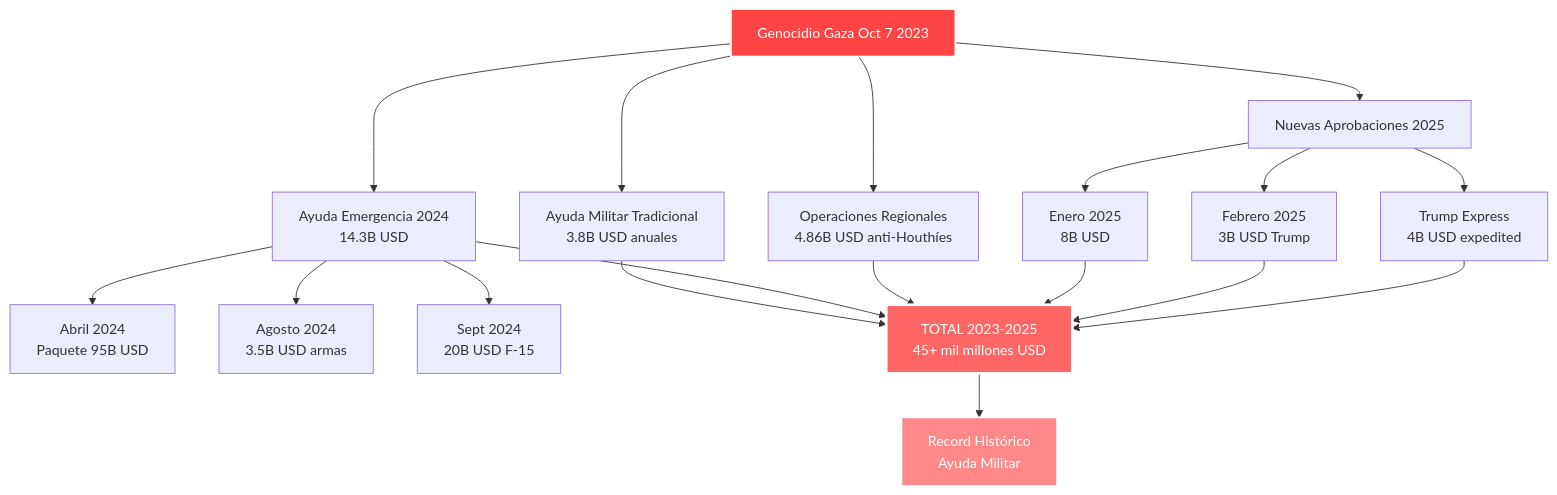
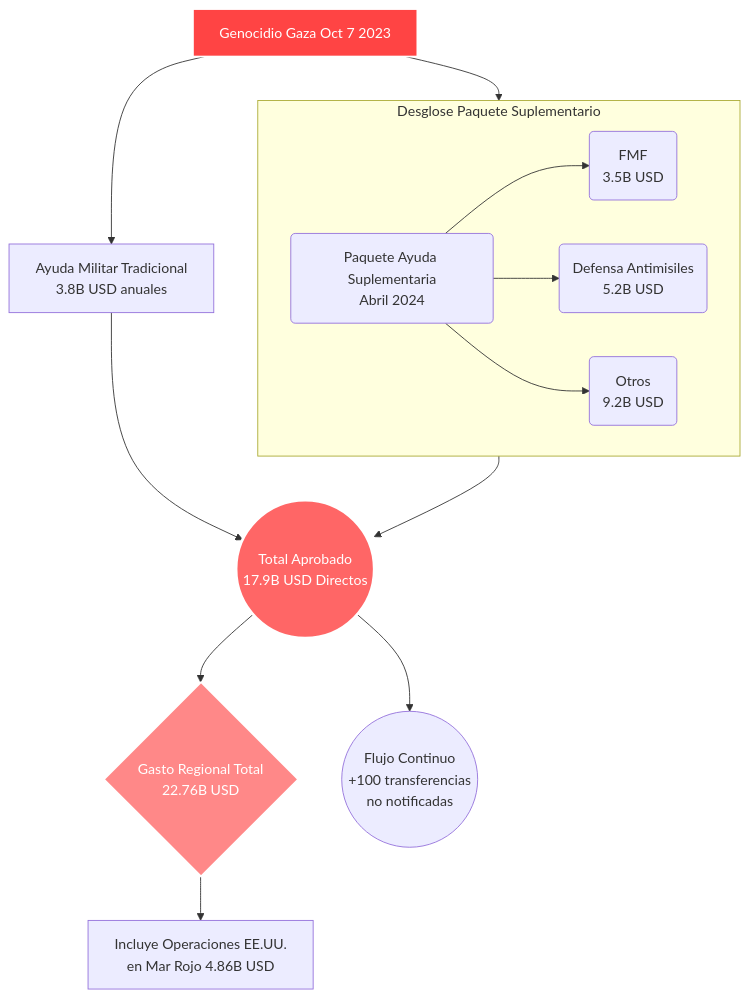
One commit to perpetuocambio/annotations changed the seventh of 20 diagrams in intel/israel_geopolitical_analysis.md. Above: the diagram before and after it, drawn with Mermaid. The commit also changed other lines of this file, not shown here.

````diff
--- a/intel/israel_geopolitical_analysis.md
+++ b/intel/israel_geopolitical_analysis.md
@@ -285,28 +289,24 @@
 ```mermaid
 graph TD
-    A[Genocidio Gaza Oct 7 2023] --> B[Ayuda Militar Tradicional<br/>3.8B USD anuales]
-    A --> C[Ayuda Emergencia 2024<br/>14.3B USD]
-    A --> D[Operaciones Regionales<br/>4.86B USD anti-Houthíes]
+    A["Genocidio Gaza Oct 7 2023"] --> B["Ayuda Militar Tradicional<br>3.8B USD anuales"]
+    A --> C("Paquete Ayuda Suplementaria<br>Abril 2024")
 
-    C --> E[Abril 2024<br/>Paquete 95B USD]
-    C --> F[Agosto 2024<br/>3.5B USD armas]
-    C --> G[Sept 2024<br/>20B USD F-15]
+    subgraph "Desglose Paquete Suplementario"
+        direction LR
+        C --> D("FMF<br>3.5B USD")
+        C --> E("Defensa Antimisiles<br>5.2B USD")
+        C --> F("Otros<br>9.2B USD")
+    end
 
-    A --> H[Nuevas Aprobaciones 2025]
-    H --> I[Enero 2025<br/>8B USD]
-    H --> J[Febrero 2025<br/>3B USD Trump]
-    H --> K[Trump Express<br/>4B USD expedited]
+    B --> G(("Total Aprobado<br>17.9B USD Directos"))
+    C --> G
 
-    B --> L[TOTAL 2023-2025<br/>45+ mil millones USD]
-    C --> L
-    D --> L
-    I --> L
-    J --> L
-    K --> L
+    G --> H{"Gasto Regional Total<br>22.76B USD"}
+    H --> I["Incluye Operaciones EE.UU.<br>en Mar Rojo 4.86B USD"]
 
-    L --> M[Record Histórico<br/>Ayuda Militar]
+    G --> J(("Flujo Continuo<br>+100 transferencias<br>no notificadas"))
 
     style A fill:#ff4444,stroke:#fff,stroke-width:2px,color:#fff
-    style L fill:#ff6666,stroke:#fff,stroke-width:3px,color:#fff
-    style M fill:#ff8888,stroke:#fff,stroke-width:2px,color:#fff
+    style G fill:#ff6666,stroke:#fff,stroke-width:3px,color:#fff
+    style H fill:#ff8888,stroke:#fff,stroke-width:2px,color:#fff
 ```
````
